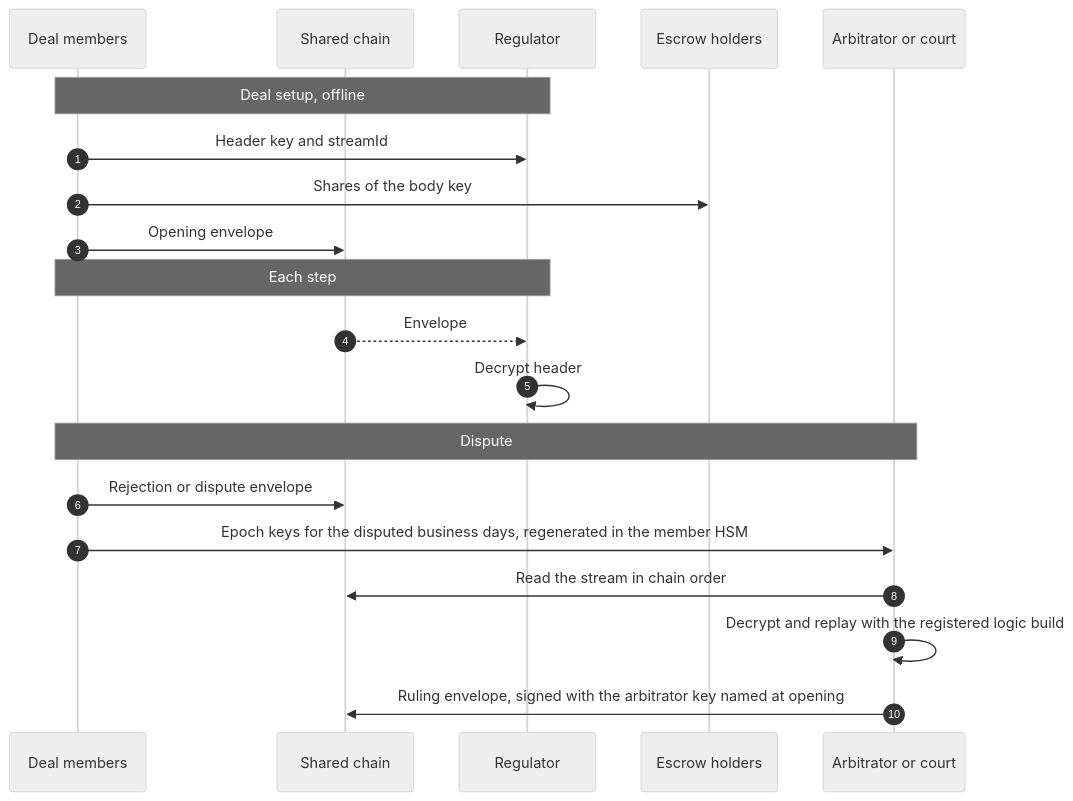
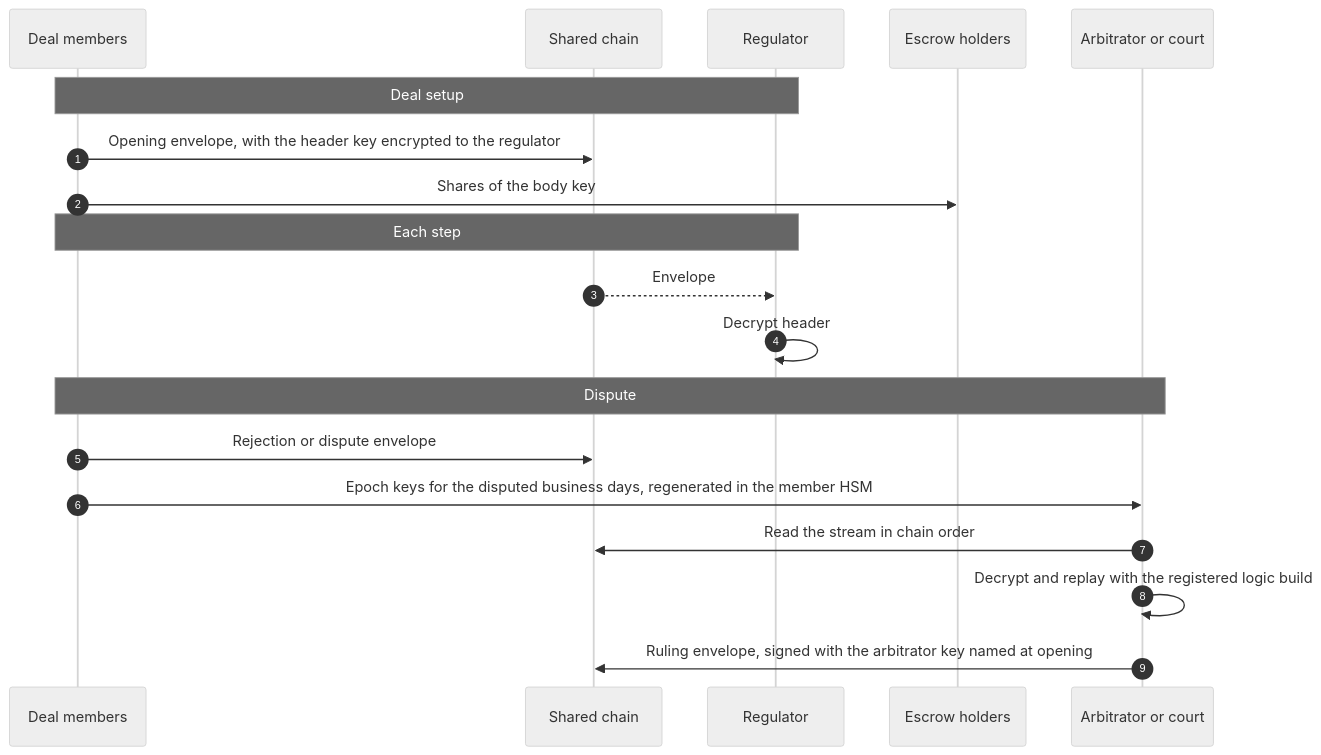
One commit to finos-hack/cdm-collateral changed the ninth of 10 diagrams in docs/architecture/onchain-privacy.md. Above: the diagram before and after it, drawn with Mermaid (neutral theme). The commit also changed other lines of this file, not shown here.

First line of the commit message:
docs: onchain-privacy carries the regulator's header key in the opening envelope

````diff
--- a/docs/architecture/onchain-privacy.md
+++ b/docs/architecture/onchain-privacy.md
@@ -830,24 +831,23 @@
 ```mermaid
 sequenceDiagram
   autonumber
   participant M as Deal members
   participant C as Shared chain
   participant R as Regulator
   participant E as Escrow holders
   participant X as Arbitrator or court
 
-  Note over M,R: Deal setup, offline
-  M->>R: Header key and streamId
+  Note over M,R: Deal setup
+  M->>C: Opening envelope, with the header key encrypted to the regulator
   M->>E: Shares of the body key
-  M->>C: Opening envelope
   Note over M,R: Each step
   C-->>R: Envelope
   R->>R: Decrypt header
 
   Note over M,X: Dispute
   M->>C: Rejection or dispute envelope
   M->>X: Epoch keys for the disputed business days, regenerated in the member HSM
   X->>C: Read the stream in chain order
   X->>X: Decrypt and replay with the registered logic build
   X->>C: Ruling envelope, signed with the arbitrator key named at opening
 ```
````
